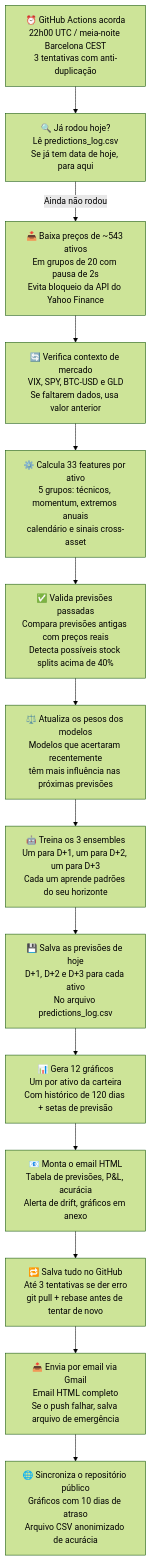
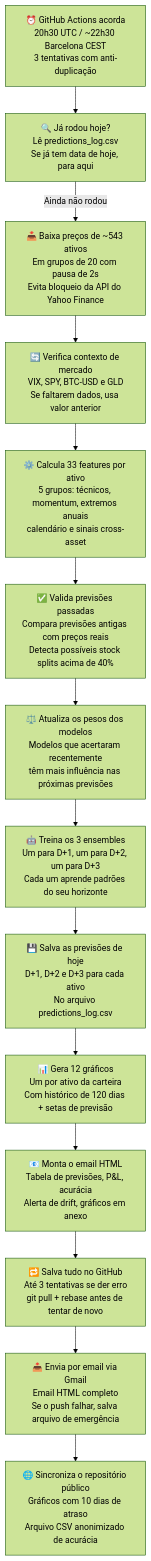
One commit to srxkatsumi/smart-wallet-ml changed the first of 2 diagrams in README_educativo.md. Above: the diagram before and after it, drawn with Mermaid (forest theme). The commit also changed other lines of this file and 3 other files, not shown here.

First line of the commit message:
fix: mover horário do cron pra ~22h Barcelona (era meia-noite)

````diff
--- a/README_educativo.md
+++ b/README_educativo.md
@@ -39,16 +39,16 @@
 ```mermaid
 flowchart TD
-    A["⏰ GitHub Actions acorda\n22h00 UTC / meia-noite Barcelona CEST\n3 tentativas com anti-duplicação"] --> B["🔍 Já rodou hoje?\nLê predictions_log.csv\nSe já tem data de hoje, para aqui"]
+    A["⏰ GitHub Actions acorda\n20h30 UTC / ~22h30 Barcelona CEST\n3 tentativas com anti-duplicação"] --> B["🔍 Já rodou hoje?\nLê predictions_log.csv\nSe já tem data de hoje, para aqui"]
     B -->|Ainda não rodou| C["📥 Baixa preços de ~543 ativos\nEm grupos de 20 com pausa de 2s\nEvita bloqueio da API do Yahoo Finance"]
     C --> D["🔄 Verifica contexto de mercado\nVIX, SPY, BTC-USD e GLD\nSe faltarem dados, usa valor anterior"]
     D --> E["⚙️ Calcula 33 features por ativo\n5 grupos: técnicos, momentum, extremos anuais\ncalendário e sinais cross-asset"]
     E --> F["✅ Valida previsões passadas\nCompara previsões antigas com preços reais\nDetecta possíveis stock splits acima de 40%"]
     F --> G["⚖️ Atualiza os pesos dos modelos\nModelos que acertaram recentemente\ntêm mais influência nas próximas previsões"]
     G --> H["🤖 Treina os 3 ensembles\nUm para D+1, um para D+2, um para D+3\nCada um aprende padrões do seu horizonte"]
     H --> I["💾 Salva as previsões de hoje\nD+1, D+2 e D+3 para cada ativo\nNo arquivo predictions_log.csv"]
     I --> J["📊 Gera 12 gráficos\nUm por ativo da carteira\nCom histórico de 120 dias + setas de previsão"]
     J --> K["📧 Monta o email HTML\nTabela de previsões, P&L, acurácia\nAlerta de drift, gráficos em anexo"]
     K --> L["🔁 Salva tudo no GitHub\nAté 3 tentativas se der erro\ngit pull + rebase antes de tentar de novo"]
     L --> M["📤 Envia por email via Gmail\nEmail HTML completo\nSe o push falhar, salva arquivo de emergência"]
     M --> N["🌐 Sincroniza o repositório público\nGráficos com 10 dias de atraso\nArquivo CSV anonimizado de acurácia"]
 ```
````
